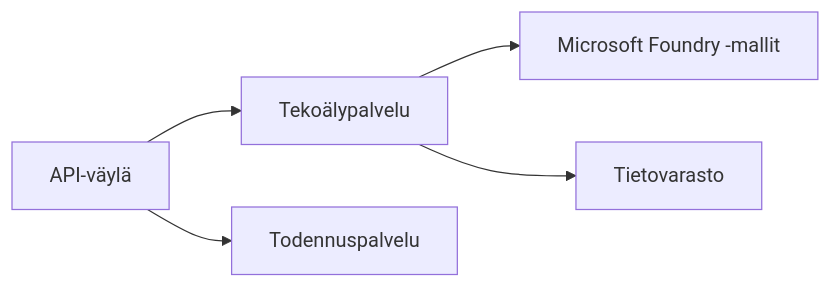
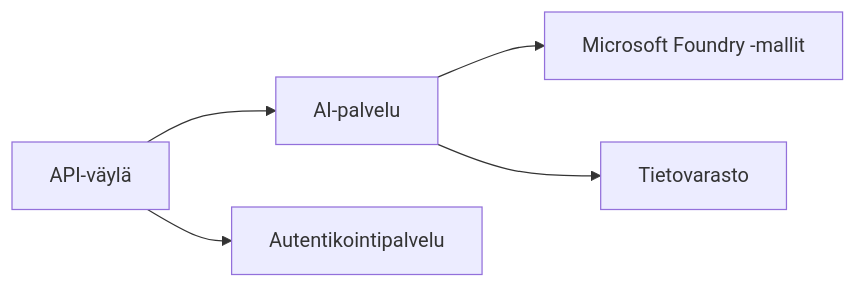
One commit to microsoft/AZD-for-beginners changed the first of 2 diagrams in translations/fi/docs/chapter-08-production/README.md. Above: the diagram before and after it, drawn with Mermaid. The commit also changed other lines of this file and 61 other files, not shown here.

````diff
--- a/translations/fi/docs/chapter-08-production/README.md
+++ b/translations/fi/docs/chapter-08-production/README.md
@@ -48,6 +48,6 @@
 ```mermaid
 graph LR
-    Gateway[API-väylä] --> AI[Tekoälypalvelu] --> Models[Microsoft Foundry -mallit]
-    Gateway --> Auth[Todennuspalvelu]
+    Gateway[API-väylä] --> AI[AI-palvelu] --> Models[Microsoft Foundry -mallit]
+    Gateway --> Auth[Autentikointipalvelu]
     AI --> Data[Tietovarasto]
 ```
````
